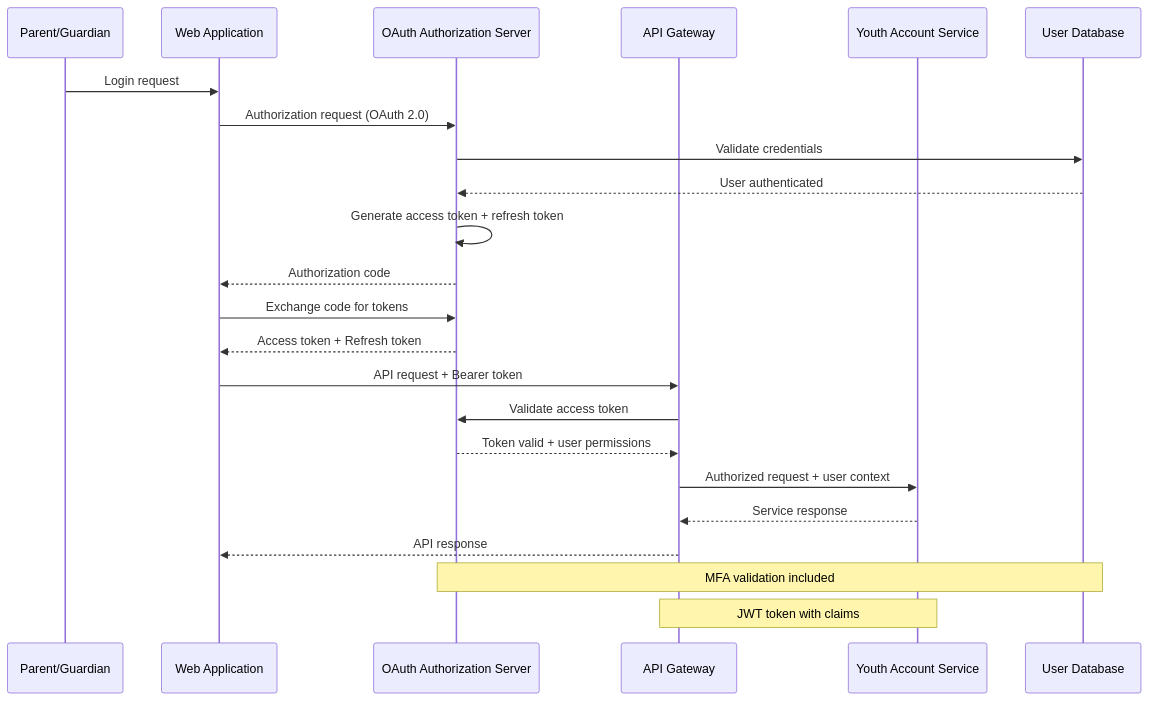
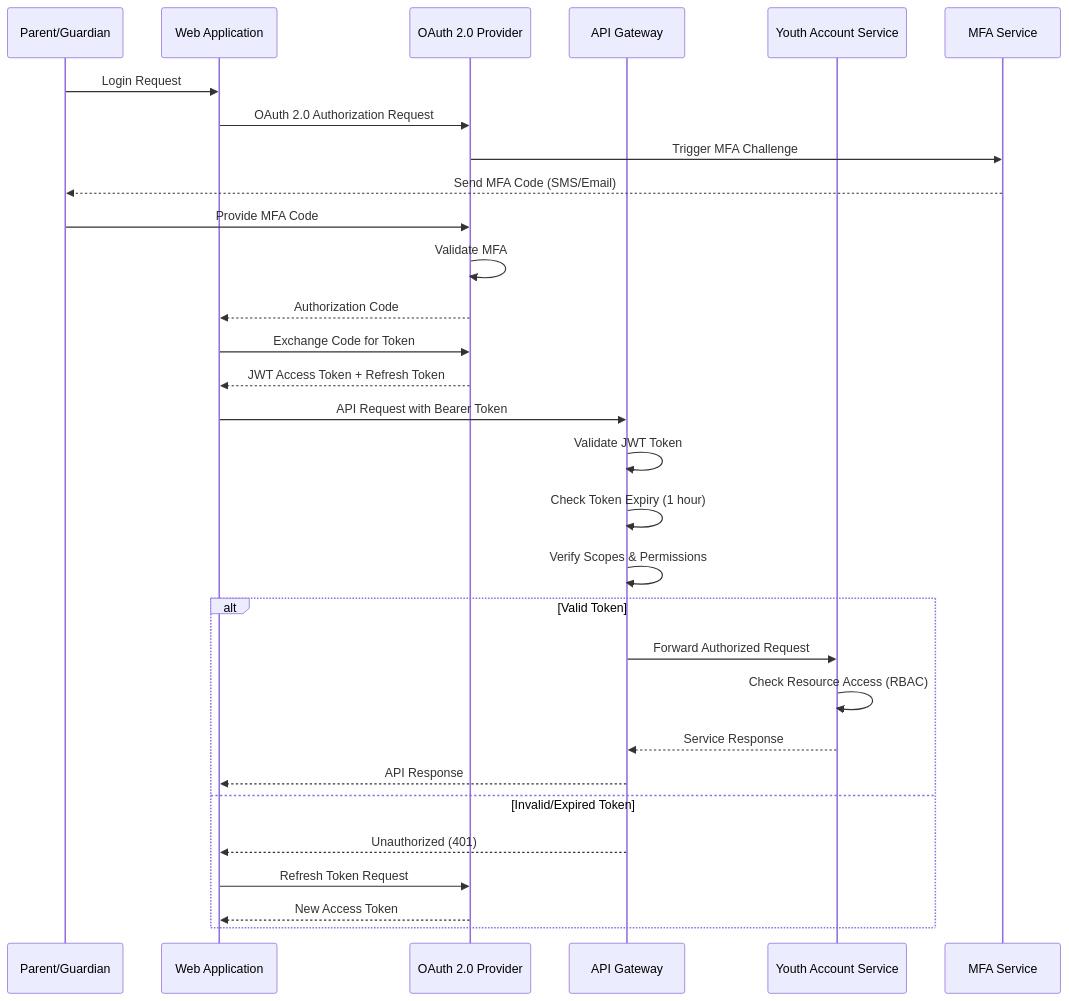
Before and after one commit to ThapaswiASC/SCIB-INCEPTION-PHASE-DEMO: the eighth of 8 diagrams in API Development/Components and Sequence Diagrams/sequence_diagram.md, drawn with Mermaid. The commit also changed other lines of this file and 1 other file, not shown here.

````diff
--- a/API Development/Components and Sequence Diagrams/sequence_diagram.md
+++ b/API Development/Components and Sequence Diagrams/sequence_diagram.md
@@ -309,28 +351,37 @@
 ```mermaid
 sequenceDiagram
-    participant User as Parent/Guardian
+    participant Parent as Parent/Guardian
     participant WebApp as Web Application
-    participant AuthServer as OAuth Authorization Server
+    participant AuthService as OAuth 2.0 Provider
     participant APIGateway as API Gateway
-    participant Service as Youth Account Service
-    participant Database as User Database
-
-    User->>WebApp: Login request
-    WebApp->>AuthServer: Authorization request (OAuth 2.0)
-    AuthServer->>Database: Validate credentials
-    Database-->>AuthServer: User authenticated
-    AuthServer->>AuthServer: Generate access token + refresh token
-    AuthServer-->>WebApp: Authorization code
-    WebApp->>AuthServer: Exchange code for tokens
-    AuthServer-->>WebApp: Access token + Refresh token
+    participant YouthService as Youth Account Service
+    participant MFA as MFA Service
     
-    WebApp->>APIGateway: API request + Bearer token
-    APIGateway->>AuthServer: Validate access token
-    AuthServer-->>APIGateway: Token valid + user permissions
-    APIGateway->>Service: Authorized request + user context
-    Service-->>APIGateway: Service response
-    APIGateway-->>WebApp: API response
+    Parent->>WebApp: Login Request
+    WebApp->>AuthService: OAuth 2.0 Authorization Request
+    AuthService->>MFA: Trigger MFA Challenge
+    MFA-->>Parent: Send MFA Code (SMS/Email)
+    Parent->>AuthService: Provide MFA Code
+    AuthService->>AuthService: Validate MFA
+    AuthService-->>WebApp: Authorization Code
     
-    Note over AuthServer,Database: MFA validation included
-    Note over APIGateway,Service: JWT token with claims
+    WebApp->>AuthService: Exchange Code for Token
+    AuthService-->>WebApp: JWT Access Token + Refresh Token
+    
+    WebApp->>APIGateway: API Request with Bearer Token
+    APIGateway->>APIGateway: Validate JWT Token
+    APIGateway->>APIGateway: Check Token Expiry (1 hour)
+    APIGateway->>APIGateway: Verify Scopes & Permissions
+    
+    alt Valid Token
+        APIGateway->>YouthService: Forward Authorized Request
+        YouthService->>YouthService: Check Resource Access (RBAC)
+        YouthService-->>APIGateway: Service Response
+        APIGateway-->>WebApp: API Response
+        
+    else Invalid/Expired Token
+        APIGateway-->>WebApp: Unauthorized (401)
+        WebApp->>AuthService: Refresh Token Request
+        AuthService-->>WebApp: New Access Token
+    end
 ```
````
